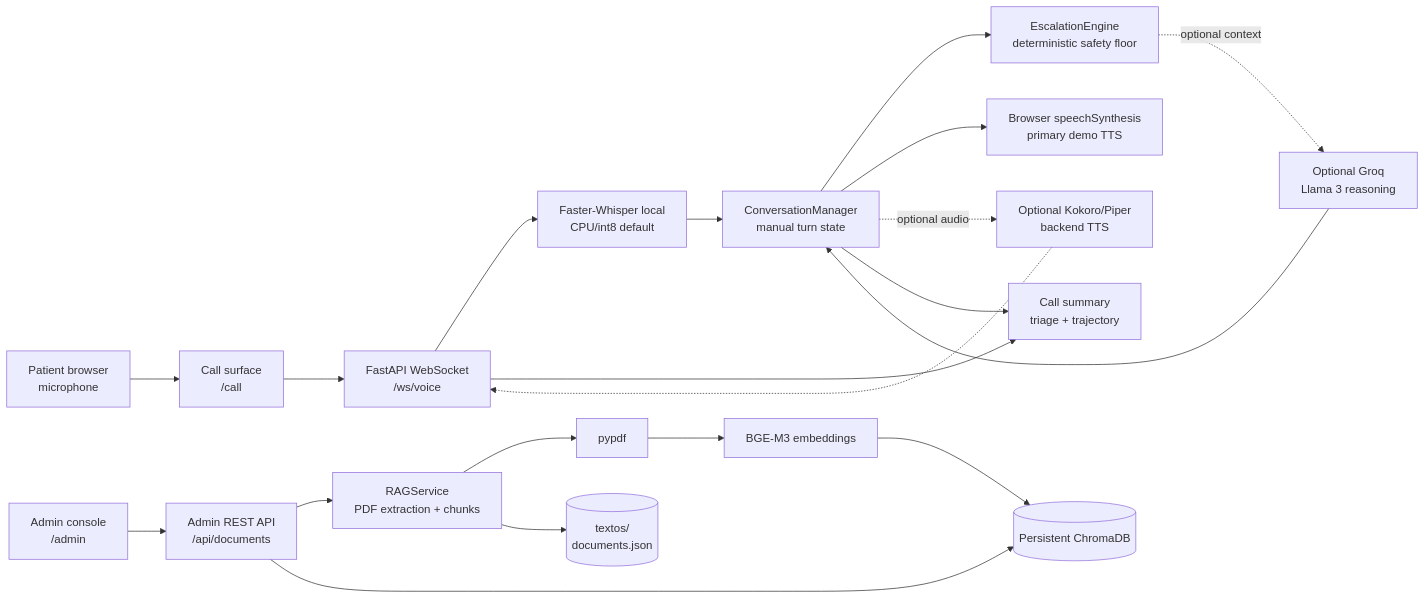
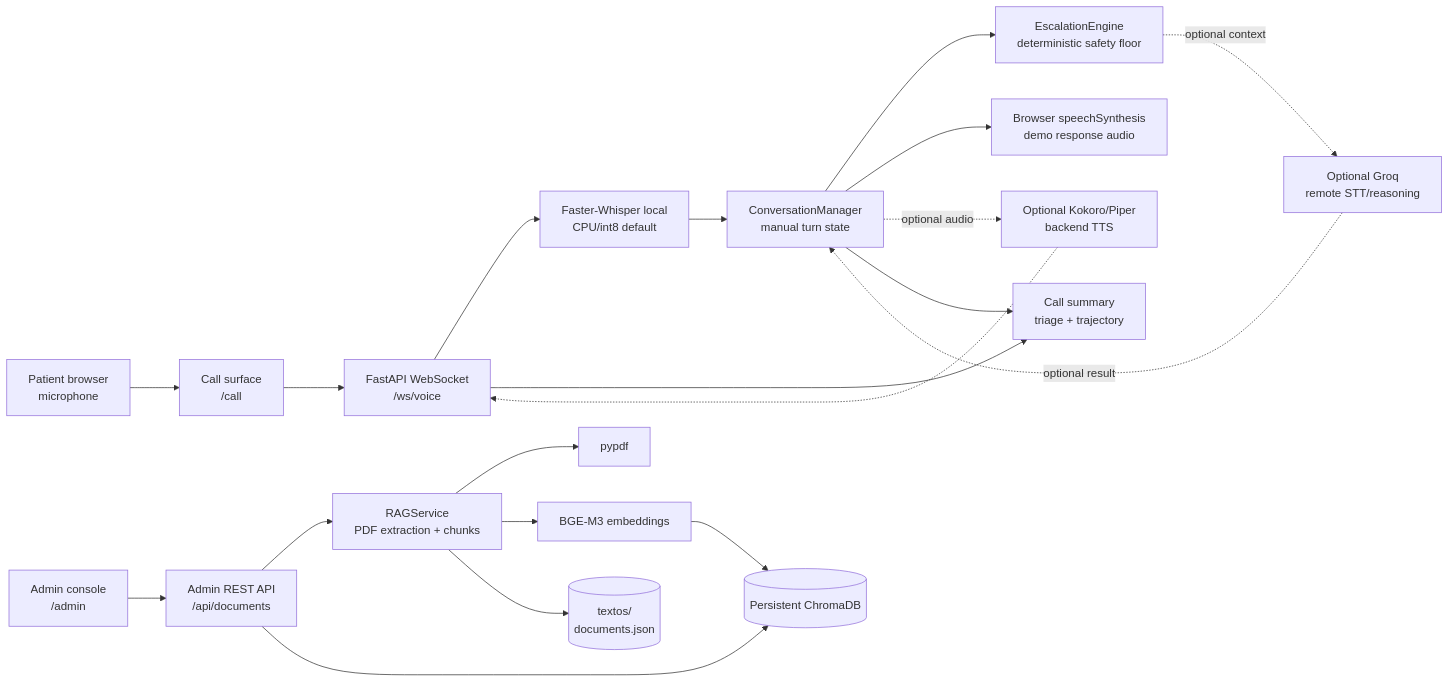
The first of 2 diagrams in ARCHITECTURE_DIAGRAM.md (mauriciorojassan/postop-voice-agent), drawn with Mermaid before and after one commit. The commit also changed other lines of this file and 1 other file, not shown here.

Commit message:
docs: add decision flow and process evidence

````diff
--- a/ARCHITECTURE_DIAGRAM.md
+++ b/ARCHITECTURE_DIAGRAM.md
@@ -5,36 +7,37 @@
 ```mermaid
 flowchart LR
     Patient[Patient browser<br/>microphone]
     Call[Call surface<br/>/call]
-    Speech[Browser speechSynthesis<br/>primary demo TTS]
     WS[FastAPI WebSocket<br/>/ws/voice]
     STT[Faster-Whisper local<br/>CPU/int8 default]
     Conv[ConversationManager<br/>manual turn state]
     Safety[EscalationEngine<br/>deterministic safety floor]
-    Groq[Optional Groq<br/>Llama 3 reasoning]
+    Groq[Optional Groq<br/>remote STT/reasoning]
+    BrowserTTS[Browser speechSynthesis<br/>demo response audio]
     BackendTTS[Optional Kokoro/Piper<br/>backend TTS]
     Summary[Call summary<br/>triage + trajectory]
 
     Admin[Admin console<br/>/admin]
     API[Admin REST API<br/>/api/documents]
     RAG[RAGService<br/>PDF extraction + chunks]
     PDF[pypdf]
     Embed[BGE-M3 embeddings]
     Chroma[(Persistent ChromaDB)]
     Registry[(textos/<br/>documents.json)]
 
     Patient --> Call --> WS
     WS --> STT --> Conv
     Conv --> Safety
     Safety -. optional context .-> Groq
-    Groq --> Conv
-    Conv --> Speech
+    Groq -. optional result .-> Conv
+    Conv --> BrowserTTS
     Conv -. optional audio .-> BackendTTS -.-> WS
     Conv --> Summary
     WS --> Summary
 
     Admin --> API --> RAG
-    RAG --> PDF --> Embed --> Chroma
+    RAG --> PDF
+    RAG --> Embed --> Chroma
     RAG --> Registry
     API --> Chroma
 ```
````
